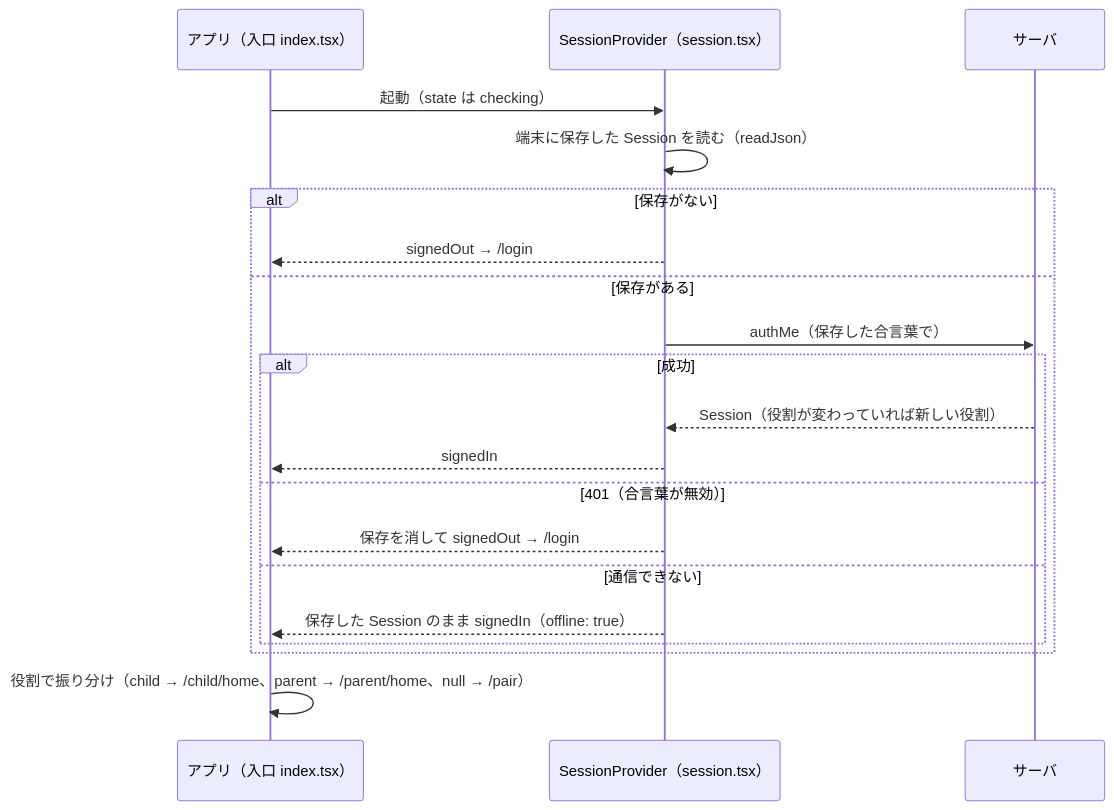
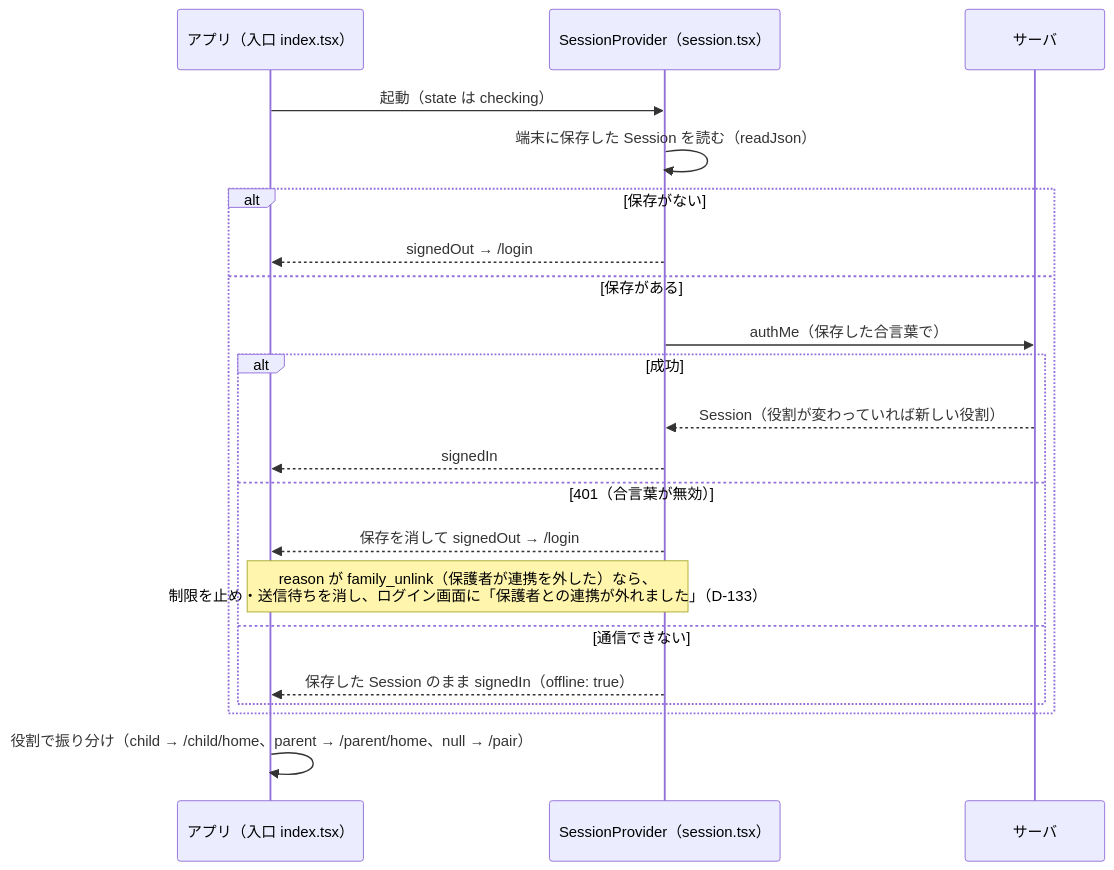
One commit to jphacks/sp_2602 changed the first of 9 diagrams in docs/flows.md. Above: the diagram before and after it, drawn with Mermaid. The commit also changed other lines of this file and 386 other files, not shown here.

````diff
--- a/docs/flows.md
+++ b/docs/flows.md
@@ -25,22 +25,23 @@
 ```mermaid
 sequenceDiagram
   participant A as アプリ（入口 index.tsx）
   participant SE as SessionProvider（session.tsx）
   participant SV as サーバ
   A->>SE: 起動（state は checking）
   SE->>SE: 端末に保存した Session を読む（readJson）
   alt 保存がない
     SE-->>A: signedOut → /login
   else 保存がある
     SE->>SV: authMe（保存した合言葉で）
     alt 成功
       SV-->>SE: Session（役割が変わっていれば新しい役割）
       SE-->>A: signedIn
     else 401（合言葉が無効）
       SE-->>A: 保存を消して signedOut → /login
+      Note over SE,A: reason が family_unlink（保護者が連携を外した）なら、<br/>制限を止め・送信待ちを消し、ログイン画面に「保護者との連携が外れました」（D-133）
     else 通信できない
       SE-->>A: 保存した Session のまま signedIn（offline: true）
     end
   end
   A->>A: 役割で振り分け（child → /child/home、parent → /parent/home、null → /pair）
 ```
````
